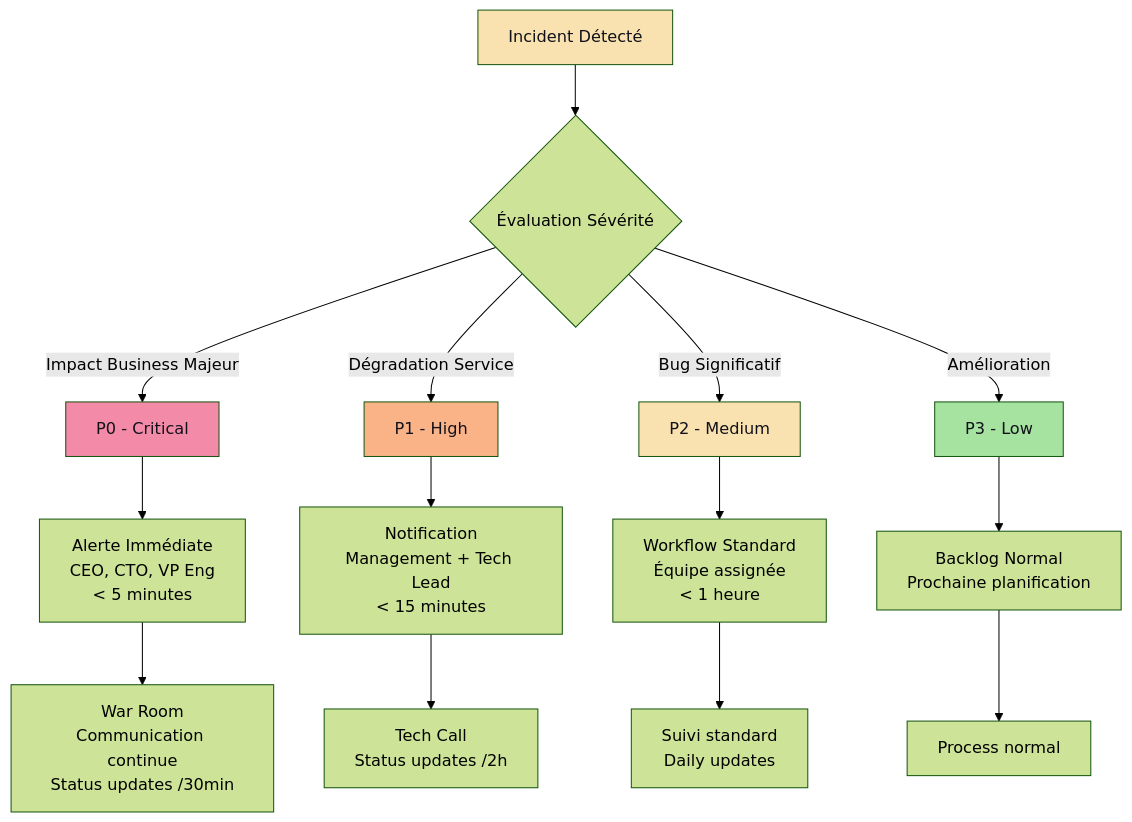
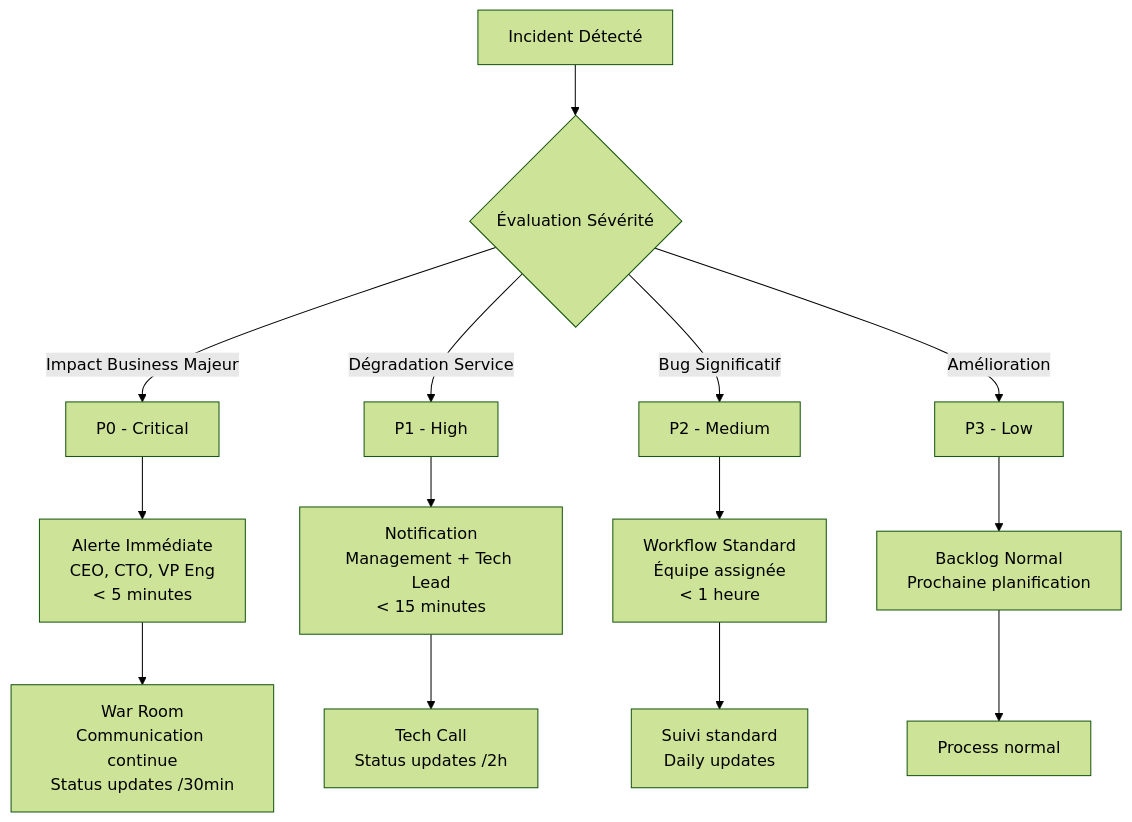
One commit to kdelfour/Ebook_To_be_Or_not_to_be_CTO changed the second of 6 diagrams in src/partie4/chapitre13.md. Above: the diagram before and after it, drawn with Mermaid (forest theme). The commit also changed other lines of this file, not shown here.

Commit message:
:sparkle: Fix Mermaid style

````diff
--- a/src/partie4/chapitre13.md
+++ b/src/partie4/chapitre13.md
@@ -568,25 +562,20 @@
 ```mermaid
 flowchart TD
     I[Incident Détecté] --> S{Évaluation Sévérité}
     
     S -->|Impact Business Majeur| P0[P0 - Critical]
     S -->|Dégradation Service| P1[P1 - High]
     S -->|Bug Significatif| P2[P2 - Medium]
     S -->|Amélioration| P3[P3 - Low]
     
     P0 --> A0[Alerte Immédiate<br/>CEO, CTO, VP Eng<br/>< 5 minutes]
     P1 --> A1[Notification<br/>Management + Tech Lead<br/>< 15 minutes]
     P2 --> A2[Workflow Standard<br/>Équipe assignée<br/>< 1 heure]
     P3 --> A3[Backlog Normal<br/>Prochaine planification]
     
     A0 --> R0[War Room<br/>Communication continue<br/>Status updates /30min]
     A1 --> R1[Tech Call<br/>Status updates /2h]
     A2 --> R2[Suivi standard<br/>Daily updates]
     A3 --> R3[Process normal]
     
-    style I fill:#f9e2af,color:#11111b
-    style P0 fill:#f38ba8,color:#11111b
-    style P1 fill:#fab387,color:#11111b
-    style P2 fill:#f9e2af,color:#11111b
-    style P3 fill:#a6e3a1,color:#11111b
 ```
````
